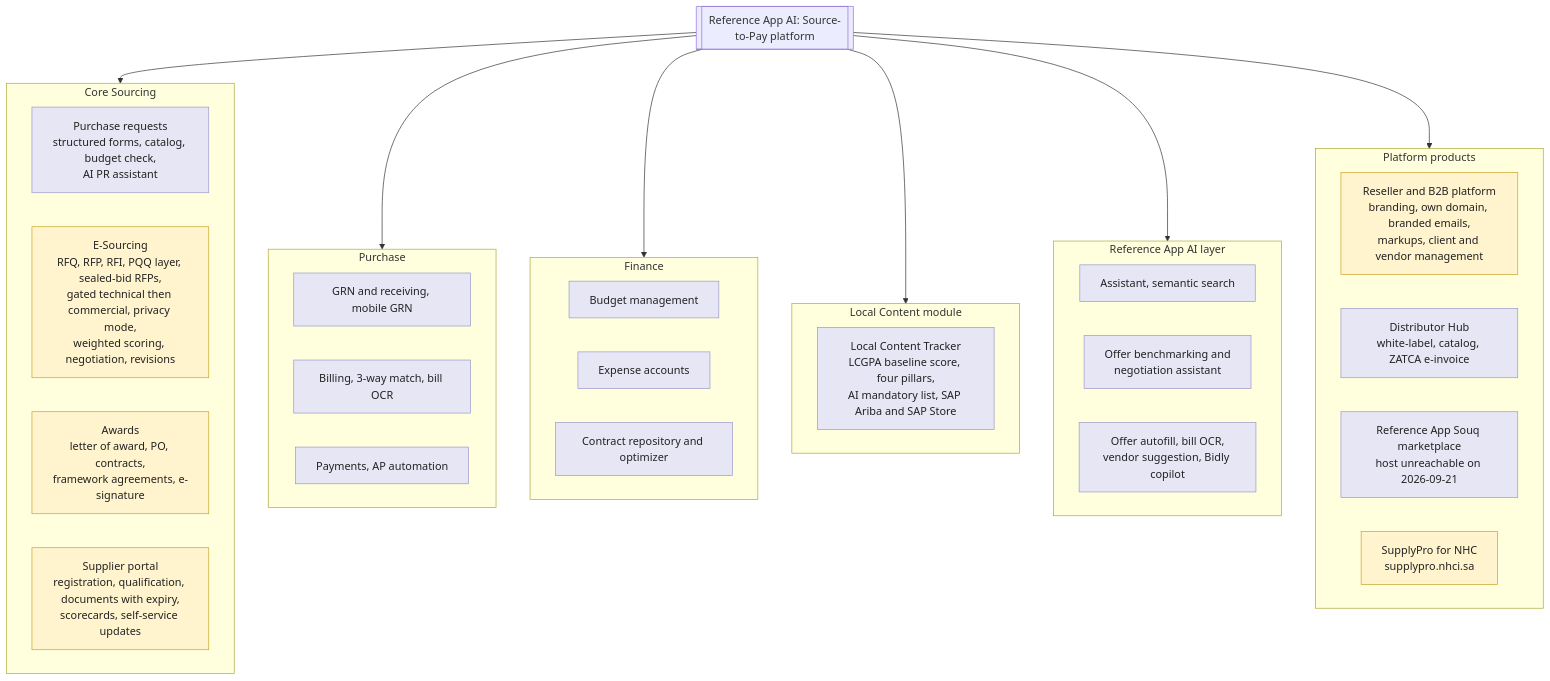
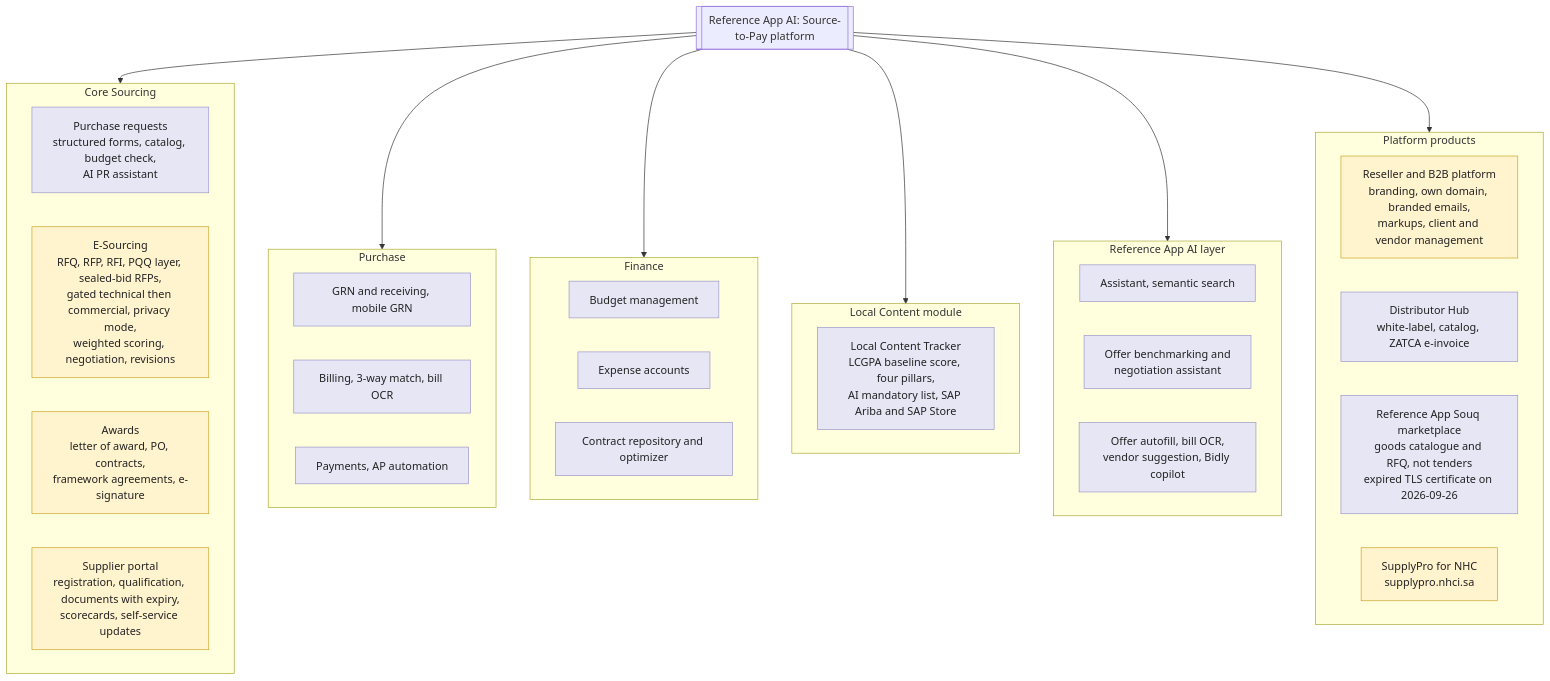
The first of 4 diagrams in docs/04-reference-app-analysis.md (AhmedAssaf/ERP), drawn with Mermaid before and after one commit. The commit also changed other lines of this file, not shown here.

Commit message:
docs/04: Reference App Souq is a goods catalogue, not a tender directory; Monafasat is the directory precedent (ADR-0007, F-62)

````diff
--- a/docs/04-reference-app-analysis.md
+++ b/docs/04-reference-app-analysis.md
@@ -28,45 +28,45 @@
 ```mermaid
 flowchart TB
     classDef overlap fill:#FFF4CE,stroke:#C9A227,color:#222
     classDef refapp fill:#E7E6F5,stroke:#9B96C9,color:#222
 
     P[["Reference App AI: Source-to-Pay platform"]]
 
     subgraph CS["Core Sourcing"]
         PR[Purchase requests<br/>structured forms, catalog, budget check,<br/>AI PR assistant]:::refapp
         ES[E-Sourcing<br/>RFQ, RFP, RFI, PQQ layer, sealed-bid RFPs,<br/>gated technical then commercial, privacy mode,<br/>weighted scoring, negotiation, revisions]:::overlap
         PO[Awards<br/>letter of award, PO, contracts,<br/>framework agreements, e-signature]:::overlap
         SP[Supplier portal<br/>registration, qualification, documents with expiry,<br/>scorecards, self-service updates]:::overlap
     end
 
     subgraph PU["Purchase"]
         GRN[GRN and receiving, mobile GRN]:::refapp
         BILL[Billing, 3-way match, bill OCR]:::refapp
         PAY[Payments, AP automation]:::refapp
     end
 
     subgraph FI["Finance"]
         BUD[Budget management]:::refapp
         EXP[Expense accounts]:::refapp
         CON[Contract repository and optimizer]:::refapp
     end
 
     subgraph LC["Local Content module"]
         LCT[Local Content Tracker<br/>LCGPA baseline score, four pillars,<br/>AI mandatory list, SAP Ariba and SAP Store]:::refapp
     end
 
     subgraph AI["Reference App AI layer"]
         A1[Assistant, semantic search]:::refapp
         A2[Offer benchmarking and<br/>negotiation assistant]:::refapp
         A3[Offer autofill, bill OCR,<br/>vendor suggestion, Bidly copilot]:::refapp
     end
 
     subgraph WL["Platform products"]
         RS[Reseller and B2B platform<br/>branding, own domain, branded emails,<br/>markups, client and vendor management]:::overlap
         DH[Distributor Hub<br/>white-label, catalog, ZATCA e-invoice]:::refapp
-        SQ[Reference App Souq marketplace<br/>host unreachable on 2026-09-21]:::refapp
+        SQ[Reference App Souq marketplace<br/>goods catalogue and RFQ, not tenders<br/>expired TLS certificate on 2026-09-26]:::refapp
         NHC[SupplyPro for NHC<br/>supplypro.nhci.sa]:::overlap
     end
 
     P --> CS & PU & FI & LC & AI & WL
 ```
````
